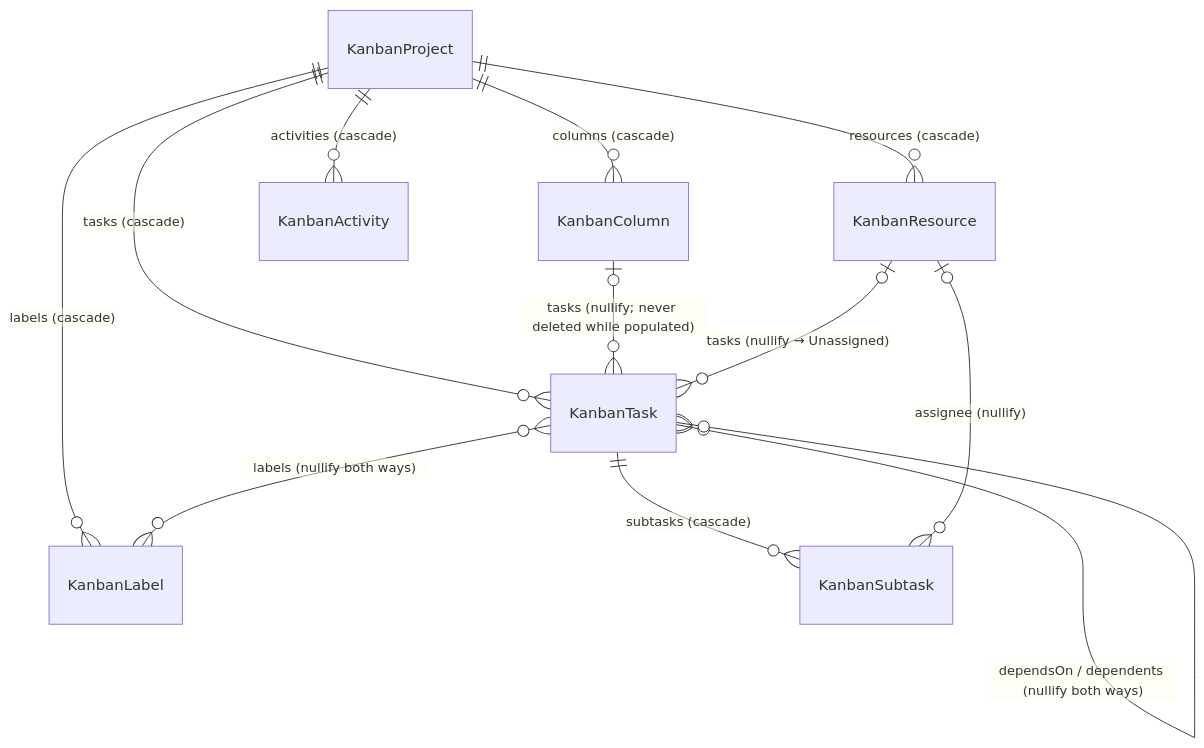
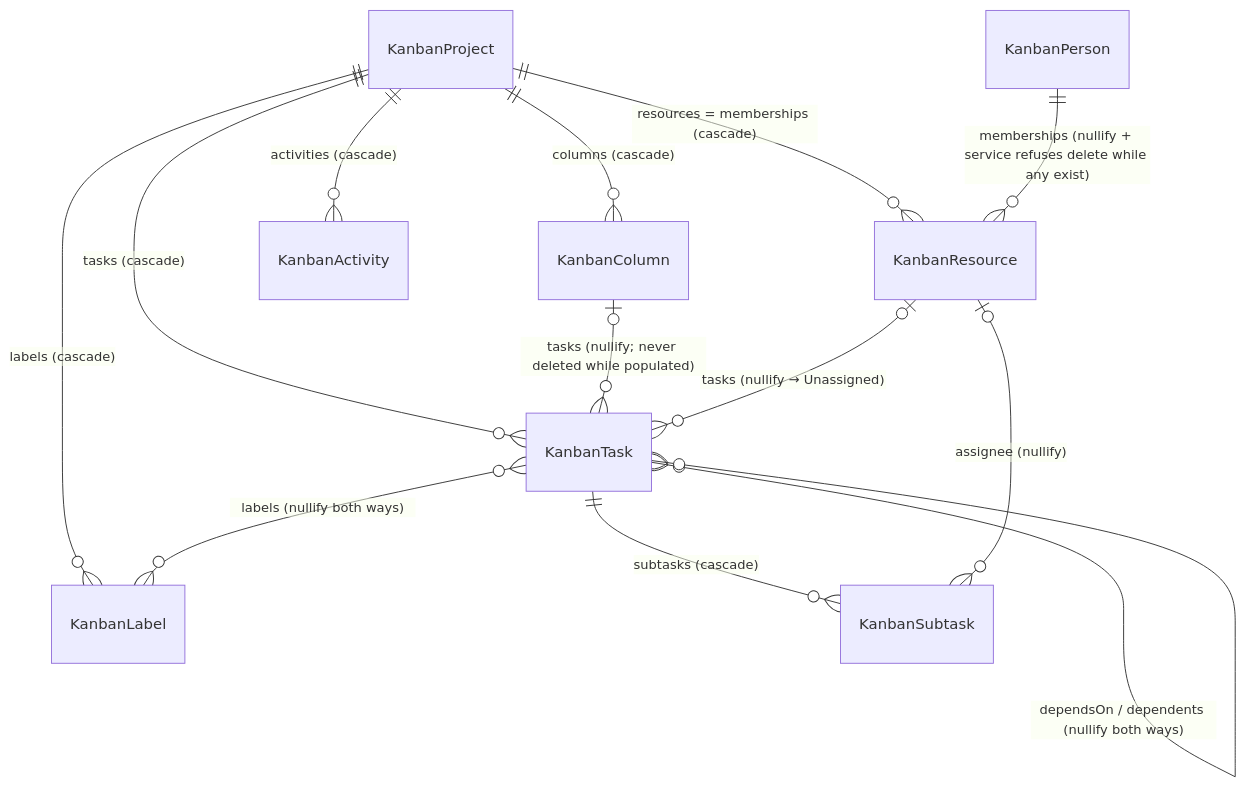
The second of 2 diagrams in design/kanban/01-design.md (nikhilkomakula/ticky-task), drawn with Mermaid before and after one commit. The commit also changed other lines of this file and 7 other files, not shown here.

First line of the commit message:
Kanban design: owner decisions, shared person directory; v0.1.17 fixture

````diff
--- a/design/kanban/01-design.md
+++ b/design/kanban/01-design.md
@@ -95,14 +95,15 @@
 ```mermaid
 erDiagram
     KanbanProject ||--o{ KanbanColumn : "columns (cascade)"
-    KanbanProject ||--o{ KanbanResource : "resources (cascade)"
+    KanbanProject ||--o{ KanbanResource : "resources = memberships (cascade)"
+    KanbanPerson ||--o{ KanbanResource : "memberships (nullify + service refuses delete while any exist)"
     KanbanProject ||--o{ KanbanLabel : "labels (cascade)"
     KanbanProject ||--o{ KanbanTask : "tasks (cascade)"
     KanbanProject ||--o{ KanbanActivity : "activities (cascade)"
     KanbanColumn |o--o{ KanbanTask : "tasks (nullify; never deleted while populated)"
     KanbanResource |o--o{ KanbanTask : "tasks (nullify → Unassigned)"
     KanbanTask ||--o{ KanbanSubtask : "subtasks (cascade)"
     KanbanResource |o--o{ KanbanSubtask : "assignee (nullify)"
     KanbanTask }o--o{ KanbanLabel : "labels (nullify both ways)"
     KanbanTask }o--o{ KanbanTask : "dependsOn / dependents (nullify both ways)"
 ```
````
